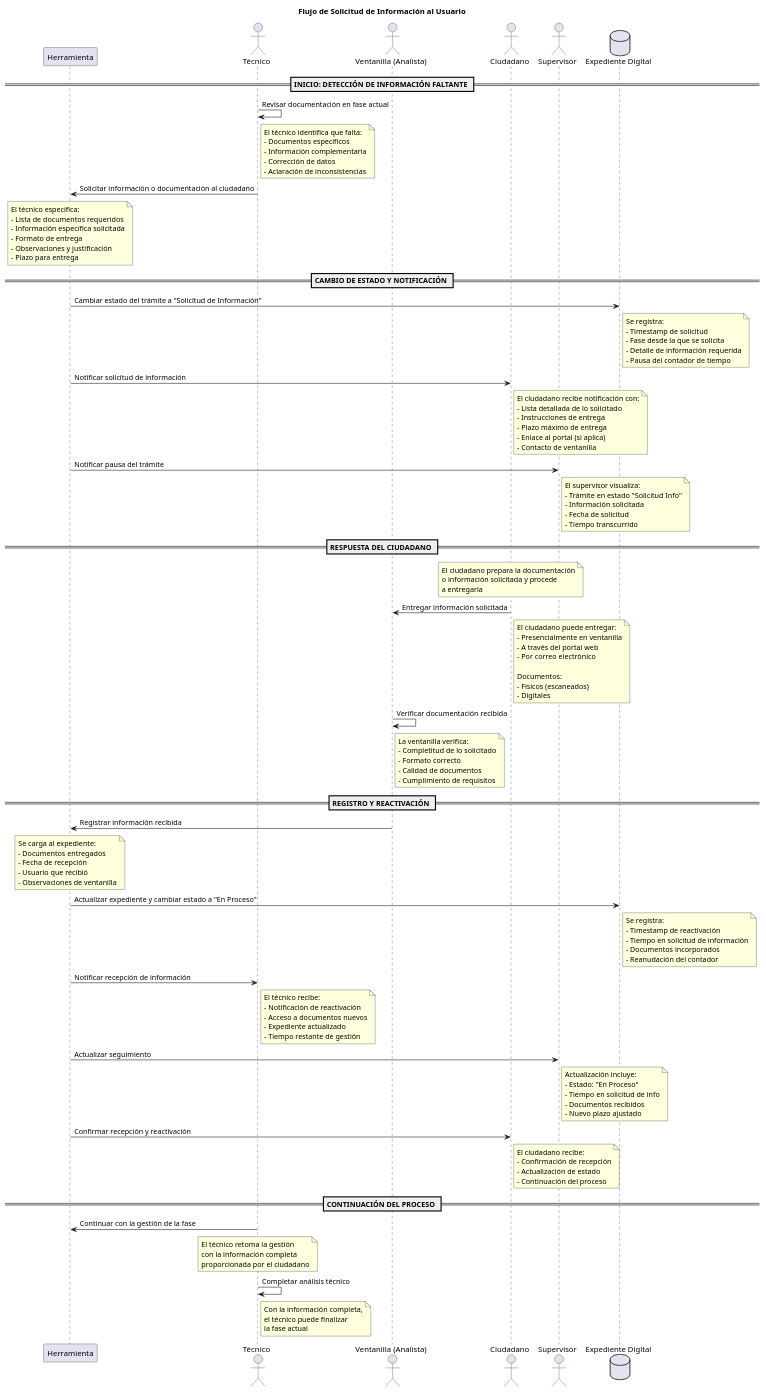
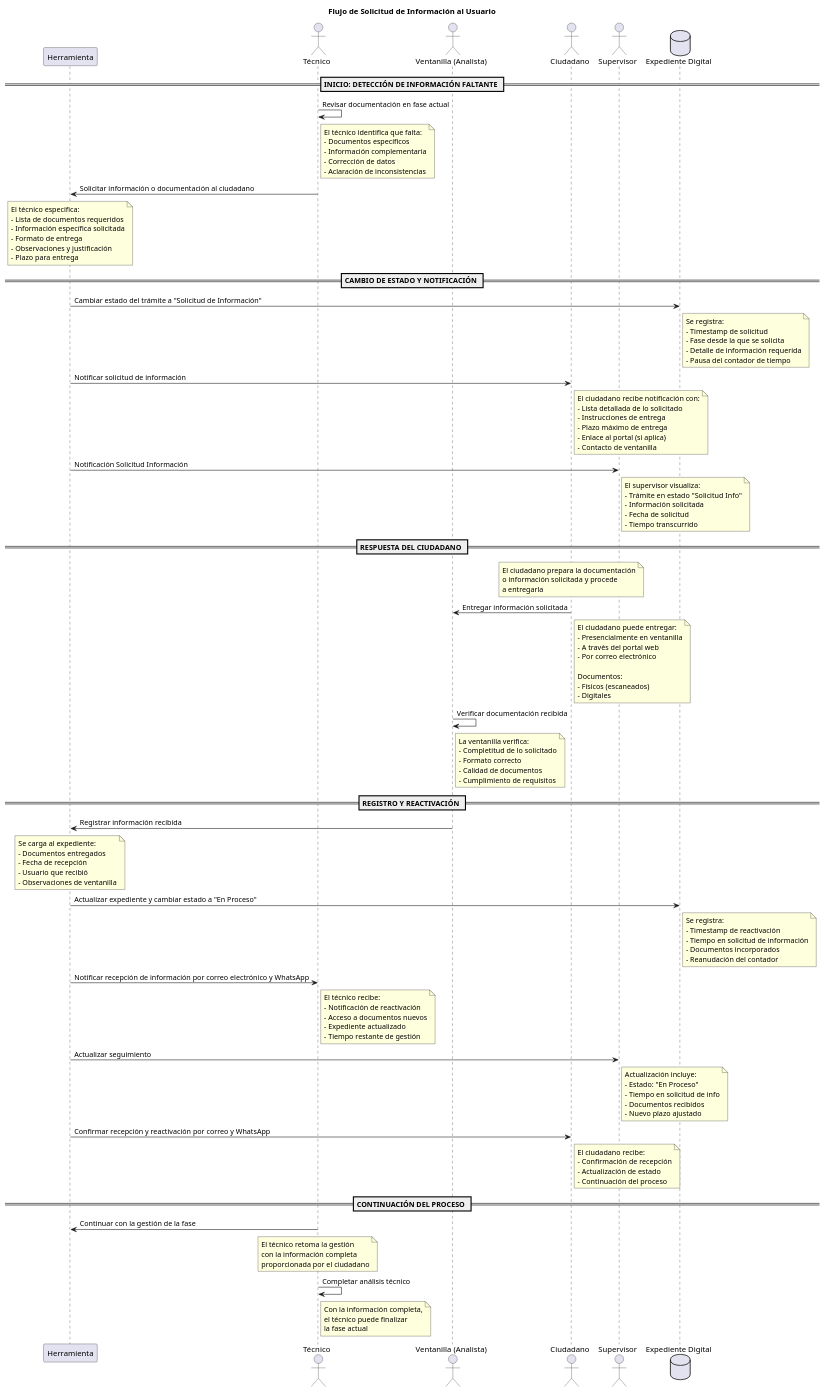
One commit to 2025prosperidad/protocolo-trazados-viales changed the diagram in 5_flujo_solicitud_informacion.puml. Above: the diagram before and after it, drawn with PlantUML. The commit also changed 3 other files, not shown here.

Commit message:
📝 Actualizar documentación y diagramas de flujo

```diff
--- a/5_flujo_solicitud_informacion.puml
+++ b/5_flujo_solicitud_informacion.puml
@@ -1,155 +1,155 @@
 @startuml
 !pragma charset UTF-8
 skinparam defaultFontName Arial
 title Flujo de Solicitud de Información al Usuario
 
 participant "Herramienta" as Herramienta
 actor "Técnico" as Tecnico
 actor "Ventanilla (Analista)" as Ventanilla
 actor "Ciudadano" as Ciudadano
 actor "Supervisor" as Supervisor
 database "Expediente Digital" as BD
 
 == INICIO: DETECCIÓN DE INFORMACIÓN FALTANTE ==
 
 Tecnico -> Tecnico : Revisar documentación en fase actual
 note right of Tecnico
   El técnico identifica que falta:
   - Documentos específicos
   - Información complementaria
   - Corrección de datos
   - Aclaración de inconsistencias
 end note
 
 Tecnico -> Herramienta : Solicitar información o documentación al ciudadano
 note over Herramienta
   El técnico especifica:
   - Lista de documentos requeridos
   - Información específica solicitada
   - Formato de entrega
   - Observaciones y justificación
   - Plazo para entrega
 end note
 
 == CAMBIO DE ESTADO Y NOTIFICACIÓN ==
 
 Herramienta -> BD : Cambiar estado del trámite a "Solicitud de Información"
 note right of BD
   Se registra:
   - Timestamp de solicitud
   - Fase desde la que se solicita
   - Detalle de información requerida
   - Pausa del contador de tiempo
 end note
 
 Herramienta -> Ciudadano : Notificar solicitud de información
 note right of Ciudadano
   El ciudadano recibe notificación con:
   - Lista detallada de lo solicitado
   - Instrucciones de entrega
   - Plazo máximo de entrega
   - Enlace al portal (si aplica)
   - Contacto de ventanilla
 end note
 
-Herramienta -> Supervisor : Notificar pausa del trámite
+Herramienta -> Supervisor : Notificación Solicitud Información
 note right of Supervisor
   El supervisor visualiza:
   - Trámite en estado "Solicitud Info"
   - Información solicitada
   - Fecha de solicitud
   - Tiempo transcurrido
 end note
 
 == RESPUESTA DEL CIUDADANO ==
 
 note over Ciudadano
   El ciudadano prepara la documentación
   o información solicitada y procede
   a entregarla
 end note
 
 Ciudadano -> Ventanilla : Entregar información solicitada
 note right of Ciudadano
   El ciudadano puede entregar:
   - Presencialmente en ventanilla
   - A través del portal web
   - Por correo electrónico
   
   Documentos:
   - Físicos (escaneados)
   - Digitales
 end note
 
 Ventanilla -> Ventanilla : Verificar documentación recibida
 note right of Ventanilla
   La ventanilla verifica:
   - Completitud de lo solicitado
   - Formato correcto
   - Calidad de documentos
   - Cumplimiento de requisitos
 end note
 
 == REGISTRO Y REACTIVACIÓN ==
 
 Ventanilla -> Herramienta : Registrar información recibida
 note over Herramienta
   Se carga al expediente:
   - Documentos entregados
   - Fecha de recepción
   - Usuario que recibió
   - Observaciones de ventanilla
 end note
 
 Herramienta -> BD : Actualizar expediente y cambiar estado a "En Proceso"
 note right of BD
   Se registra:
   - Timestamp de reactivación
   - Tiempo en solicitud de información
   - Documentos incorporados
   - Reanudación del contador
 end note
 
-Herramienta -> Tecnico : Notificar recepción de información
+Herramienta -> Tecnico : Notificar recepción de información por correo electrónico y WhatsApp
 note right of Tecnico
   El técnico recibe:
   - Notificación de reactivación
   - Acceso a documentos nuevos
   - Expediente actualizado
   - Tiempo restante de gestión
 end note
 
 Herramienta -> Supervisor : Actualizar seguimiento
 note right of Supervisor
   Actualización incluye:
   - Estado: "En Proceso"
   - Tiempo en solicitud de info
   - Documentos recibidos
   - Nuevo plazo ajustado
 end note
 
-Herramienta -> Ciudadano : Confirmar recepción y reactivación
+Herramienta -> Ciudadano : Confirmar recepción y reactivación por correo y WhatsApp
 note right of Ciudadano
   El ciudadano recibe:
   - Confirmación de recepción
   - Actualización de estado
   - Continuación del proceso
 end note
 
 == CONTINUACIÓN DEL PROCESO ==
 
 Tecnico -> Herramienta : Continuar con la gestión de la fase
 note over Tecnico
   El técnico retoma la gestión
   con la información completa
   proporcionada por el ciudadano
 end note
 
 Tecnico -> Tecnico : Completar análisis técnico
 note right of Tecnico
   Con la información completa,
   el técnico puede finalizar
   la fase actual
 end note
 
 @enduml
```
